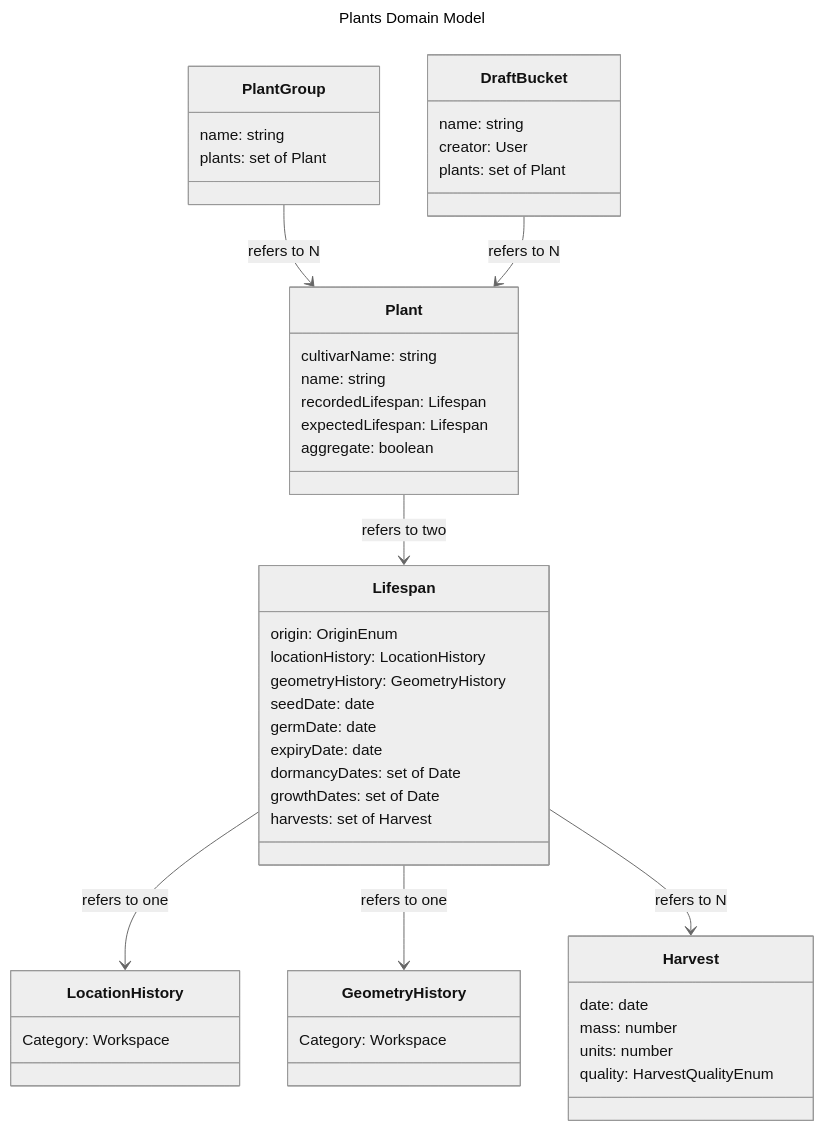
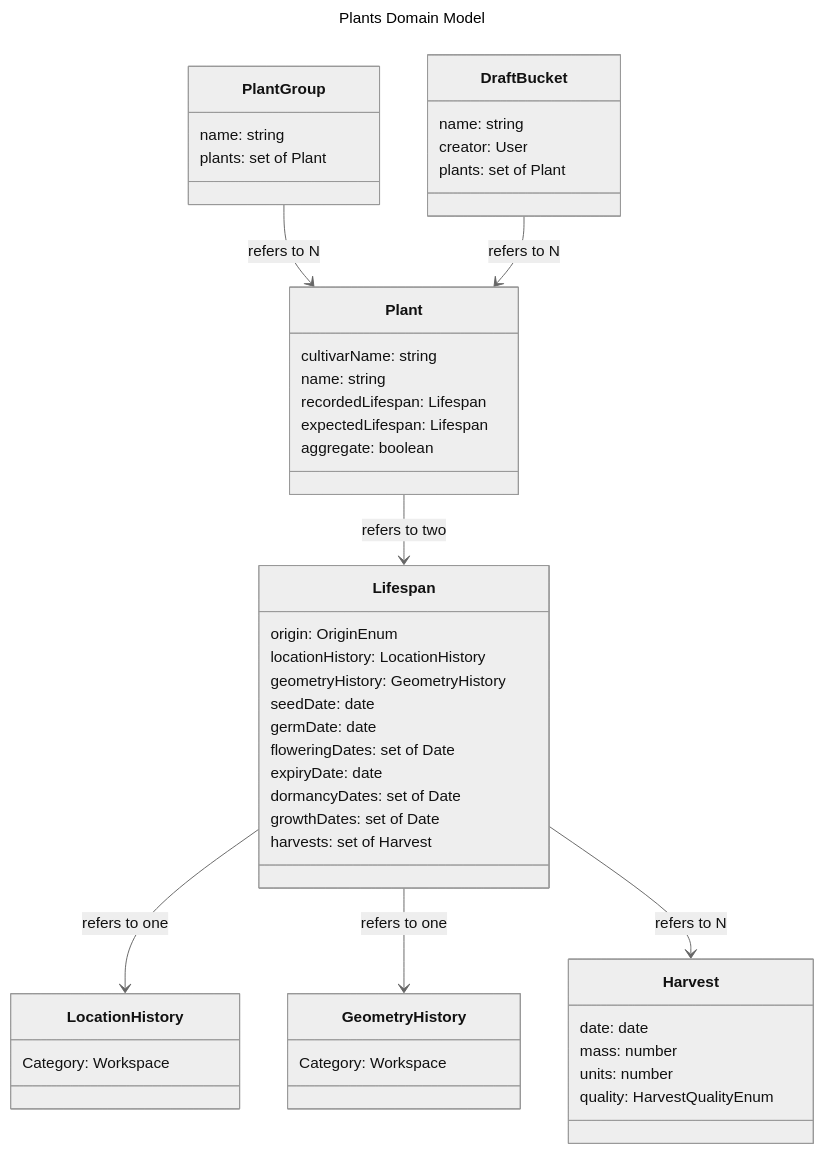
One commit to VerdanTech/Vdt-Webapp changed the diagram in design/plants/models.md. Above: the diagram before and after it, drawn with Mermaid (neutral theme). The commit also changed other lines of this file and 5 other files, not shown here.

````diff
--- a/design/plants/models.md
+++ b/design/plants/models.md
@@ -7,53 +7,54 @@
 ```mermaid
 ---
 title: Plants Domain Model
 ---
 classDiagram
 
     Lifespan --> LocationHistory : refers to one
     Lifespan --> GeometryHistory : refers to one
     Lifespan --> Harvest : refers to N
     Plant --> Lifespan : refers to two
     PlantGroup --> Plant : refers to N
     DraftBucket --> Plant : refers to N
 
     class Lifespan{
         origin: OriginEnum
         locationHistory: LocationHistory
         geometryHistory: GeometryHistory
         seedDate: date
         germDate: date
+        floweringDates: set of Date
         expiryDate: date
         dormancyDates: set of Date
         growthDates: set of Date
         harvests: set of Harvest
     }
     class Harvest {
         date: date
         mass: number
         units: number
         quality: HarvestQualityEnum
     }
     class Plant {
         cultivarName: string
         name: string
         recordedLifespan: Lifespan
         expectedLifespan: Lifespan
         aggregate: boolean
     }
     class PlantGroup {
         name: string
         plants: set of Plant
     }
     class DraftBucket {
         name: string
         creator: User
         plants: set of Plant
     }
     class LocationHistory {
         Category: Workspace
     }
     class GeometryHistory {
         Category: Workspace
     }
 ```
````
